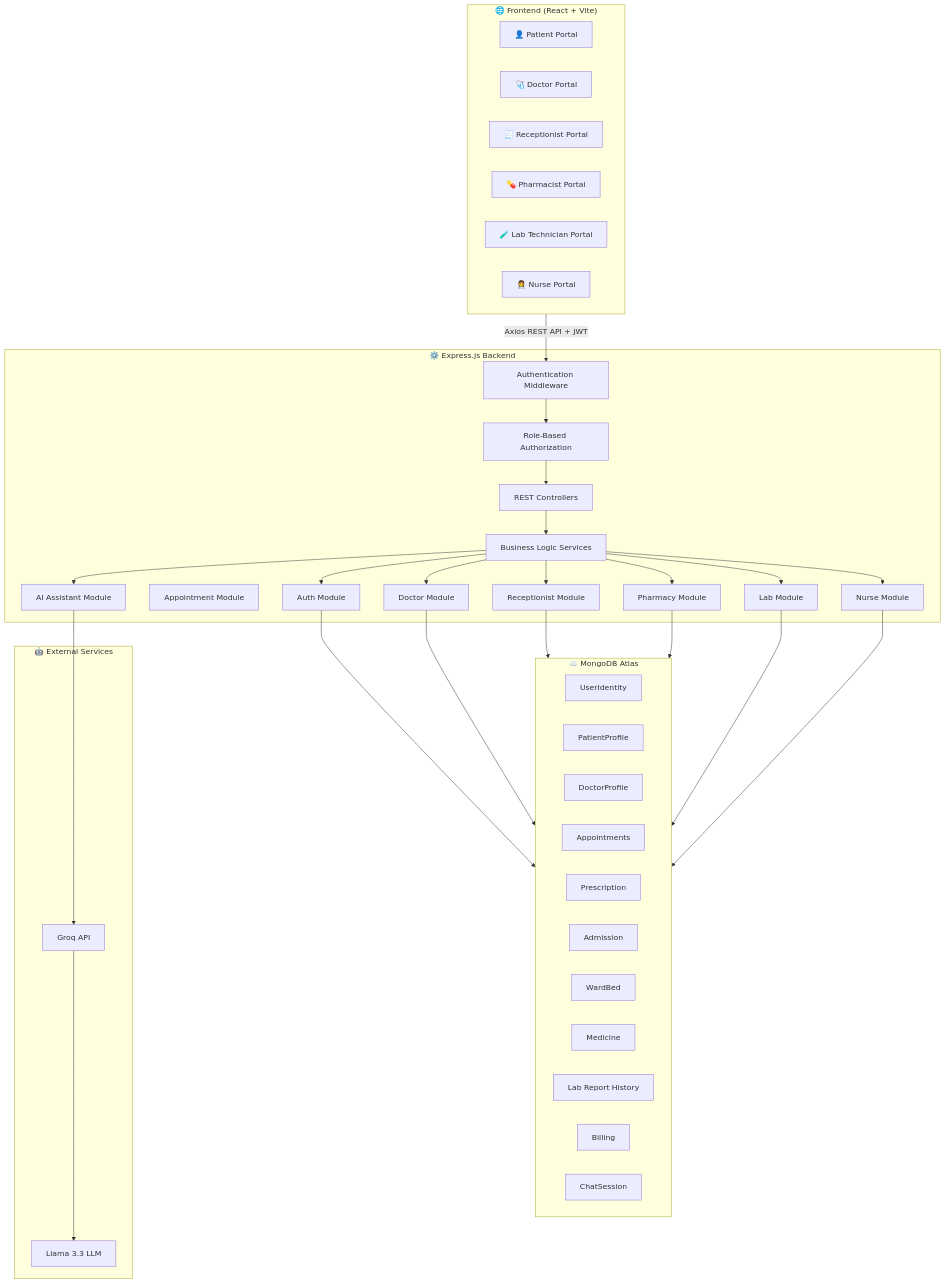
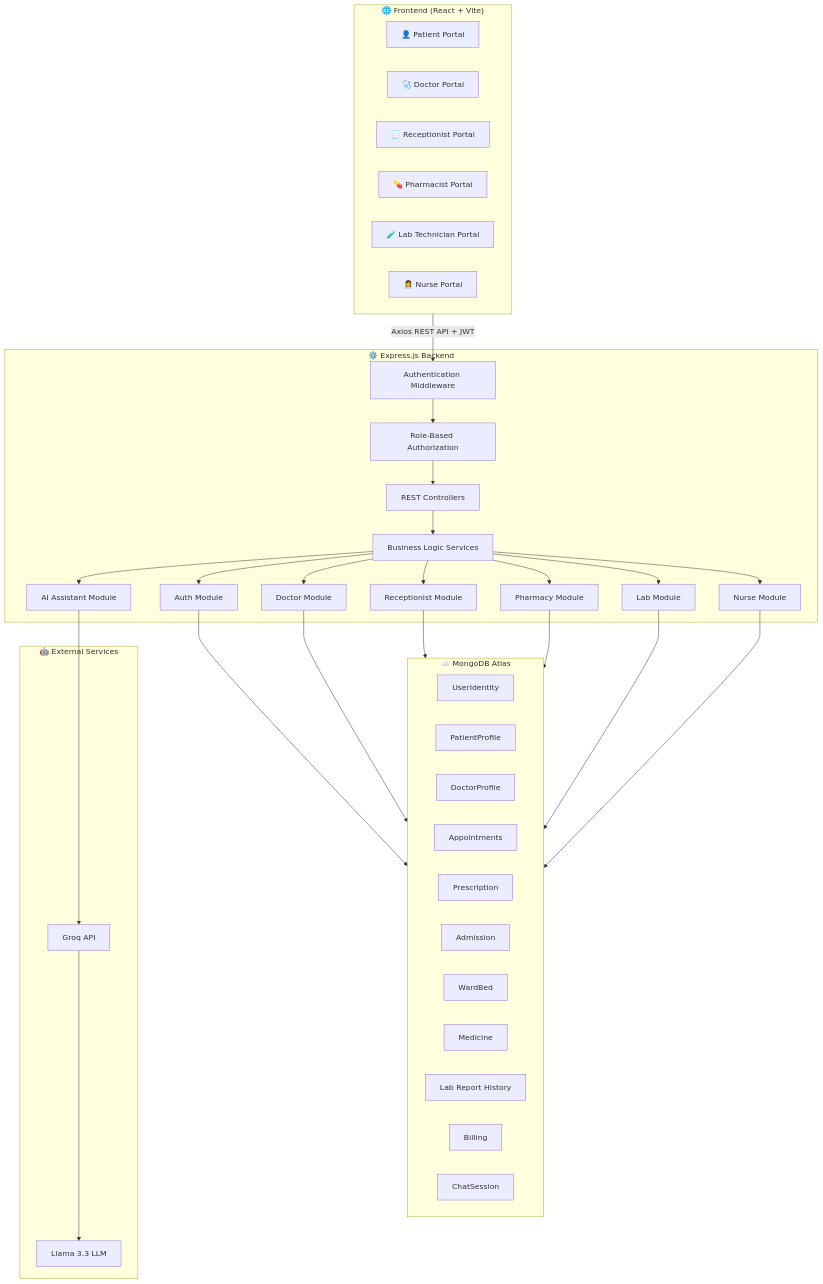
Before and after one commit to HetLimbani-learnerboy/CareOS: the first of 4 diagrams in README.md, drawn with Mermaid. The commit also changed other lines of this file, not shown here.

````diff
--- a/README.md
+++ b/README.md
@@ -187,70 +187,68 @@
 ```mermaid
 flowchart TD
 
 subgraph Frontend["🌐 Frontend (React + Vite)"]
     Patient["👤 Patient Portal"]
     Doctor["🩺 Doctor Portal"]
     Receptionist["🧾 Receptionist Portal"]
     Pharmacist["💊 Pharmacist Portal"]
     Lab["🧪 Lab Technician Portal"]
     Nurse["👩‍⚕️ Nurse Portal"]
 end
 
 subgraph Backend["⚙️ Express.js Backend"]
     Middleware["Authentication Middleware"]
     Authorization["Role-Based Authorization"]
     Controllers["REST Controllers"]
     Services["Business Logic Services"]
-
     Auth["Auth Module"]
-    Appointment["Appointment Module"]
     DoctorAPI["Doctor Module"]
     Reception["Receptionist Module"]
     Pharmacy["Pharmacy Module"]
     Laboratory["Lab Module"]
     Nursing["Nurse Module"]
     AI["AI Assistant Module"]
 end
 
 subgraph Database["☁️ MongoDB Atlas"]
     UserIdentity
     PatientProfile
     DoctorProfile
     AppointmentDB["Appointments"]
     Prescription
     Admission
     WardBed
     Medicine
     LabHistory["Lab Report History"]
     Billing
     ChatSession
 end
 
 subgraph External["🤖 External Services"]
     Groq["Groq API"]
     Llama["Llama 3.3 LLM"]
 end
 
 Frontend -->|Axios REST API + JWT| Middleware
 Middleware --> Authorization
 Authorization --> Controllers
 Controllers --> Services
 
 Services --> Auth
 Services --> DoctorAPI
 Services --> Reception
 Services --> Pharmacy
 Services --> Laboratory
 Services --> Nursing
 Services --> AI
 
 Auth --> Database
 DoctorAPI --> Database
 Reception --> Database
 Pharmacy --> Database
 Laboratory --> Database
 Nursing --> Database
 
 AI --> Groq
 Groq --> Llama
 ```
````
